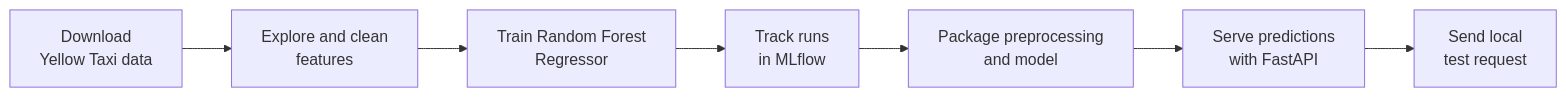
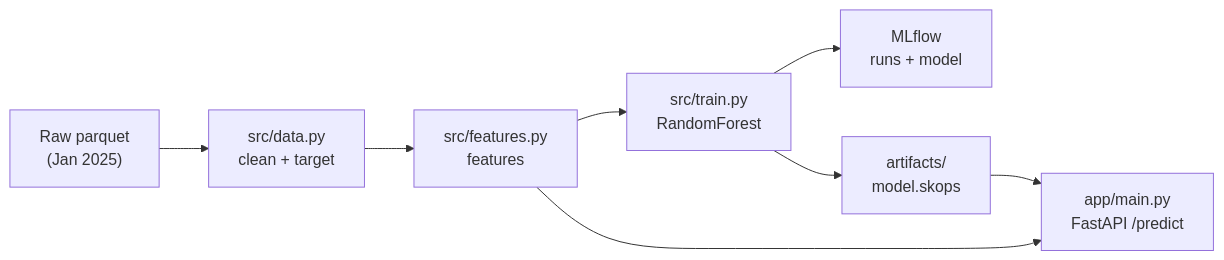
Before and after one commit to qutibah/mle-model-deployment-project: the diagram in README.md, drawn with Mermaid. The commit also changed other lines of this file, not shown here.

````diff
--- a/README.md
+++ b/README.md
@@ -16,9 +7,10 @@
 ```mermaid
 flowchart LR
-    A["Download<br>Yellow Taxi data"] --> B["Explore and clean<br>features"]
-    B --> C["Train Random Forest<br>Regressor"]
-    C --> D["Track runs<br>in MLflow"]
-    D --> E["Package preprocessing<br>and model"]
-    E --> F["Serve predictions<br>with FastAPI"]
-    F --> G["Send local<br>test request"]
+    A["Raw parquet<br>(Jan 2025)"] --> B["src/data.py<br>clean + target"]
+    B --> C["src/features.py<br>features"]
+    C --> D["src/train.py<br>RandomForest"]
+    D --> E["MLflow<br>runs + model"]
+    D --> F["artifacts/<br>model.skops"]
+    F --> G["app/main.py<br>FastAPI /predict"]
+    C --> G
 ```
````
